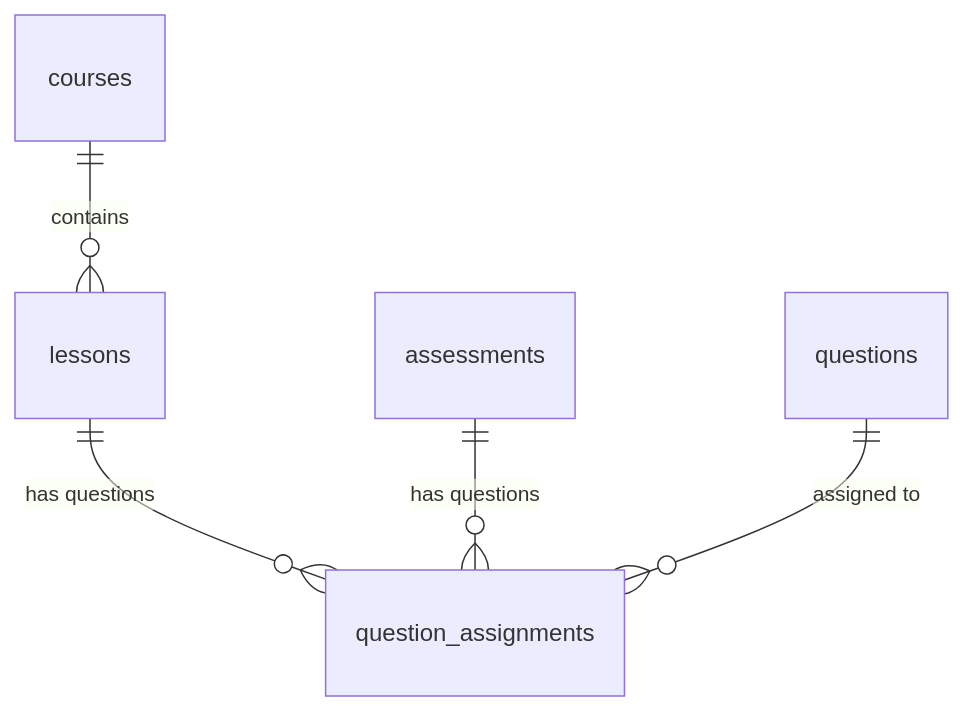
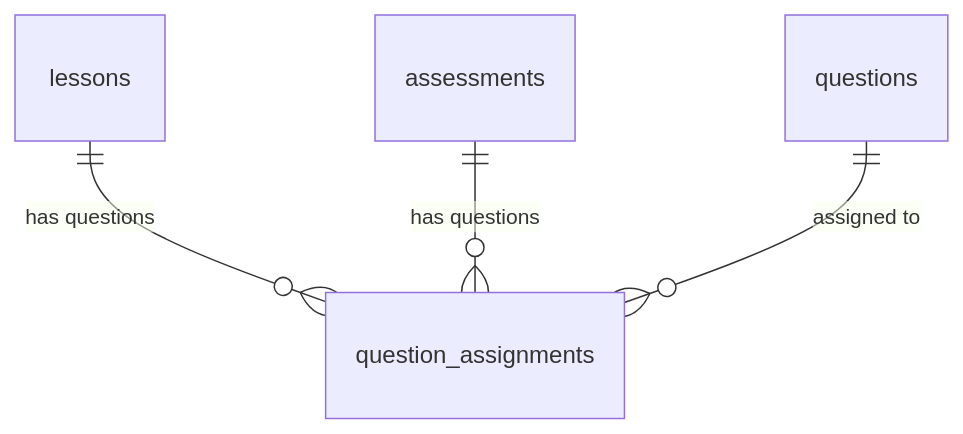
Before and after one commit to hung02042005/Japanese-Skill-Practice-Platform: the diagram in docs/03-Interface-Specs/feature-specs/backend/feat-content-management/SPEC.md, drawn with Mermaid. The commit also changed other lines of this file and 23 other files, not shown here.

````diff
--- a/docs/03-Interface-Specs/feature-specs/backend/feat-content-management/SPEC.md
+++ b/docs/03-Interface-Specs/feature-specs/backend/feat-content-management/SPEC.md
@@ -199,7 +177,6 @@
 ```mermaid
 erDiagram
-    courses ||--o{ lessons : "contains"
     lessons ||--o{ question_assignments : "has questions"
     assessments ||--o{ question_assignments : "has questions"
     questions ||--o{ question_assignments : "assigned to"
 ```
````
